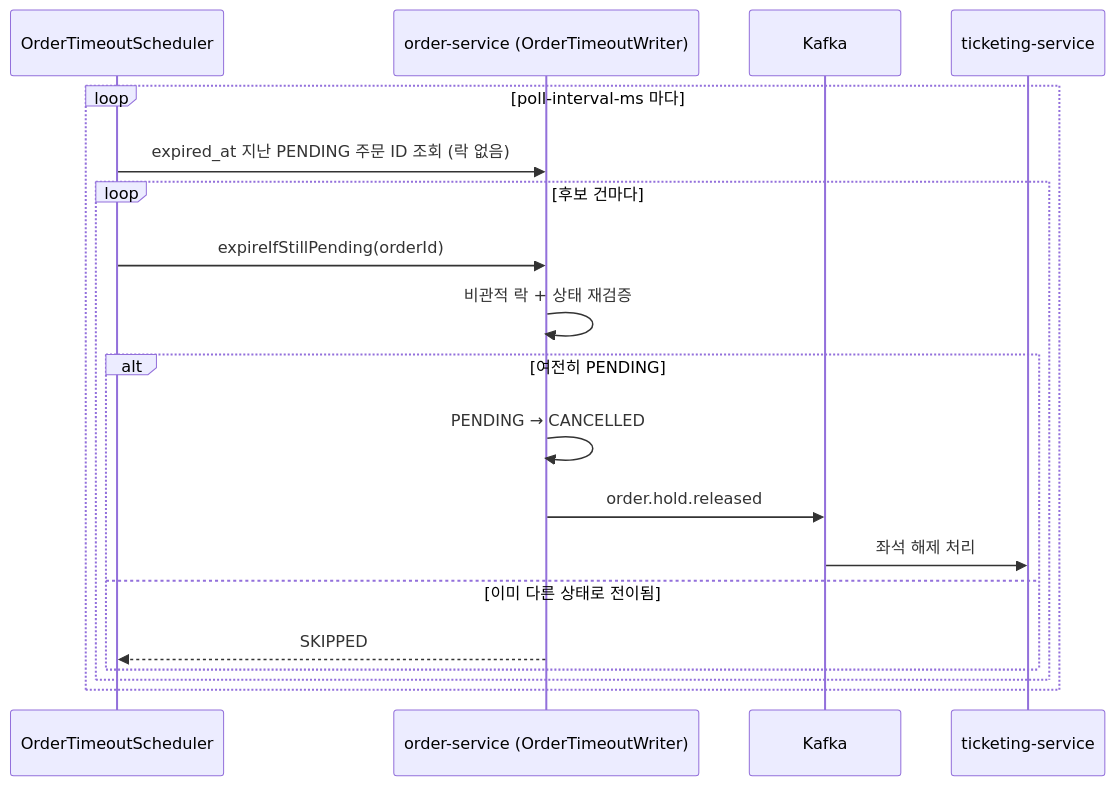
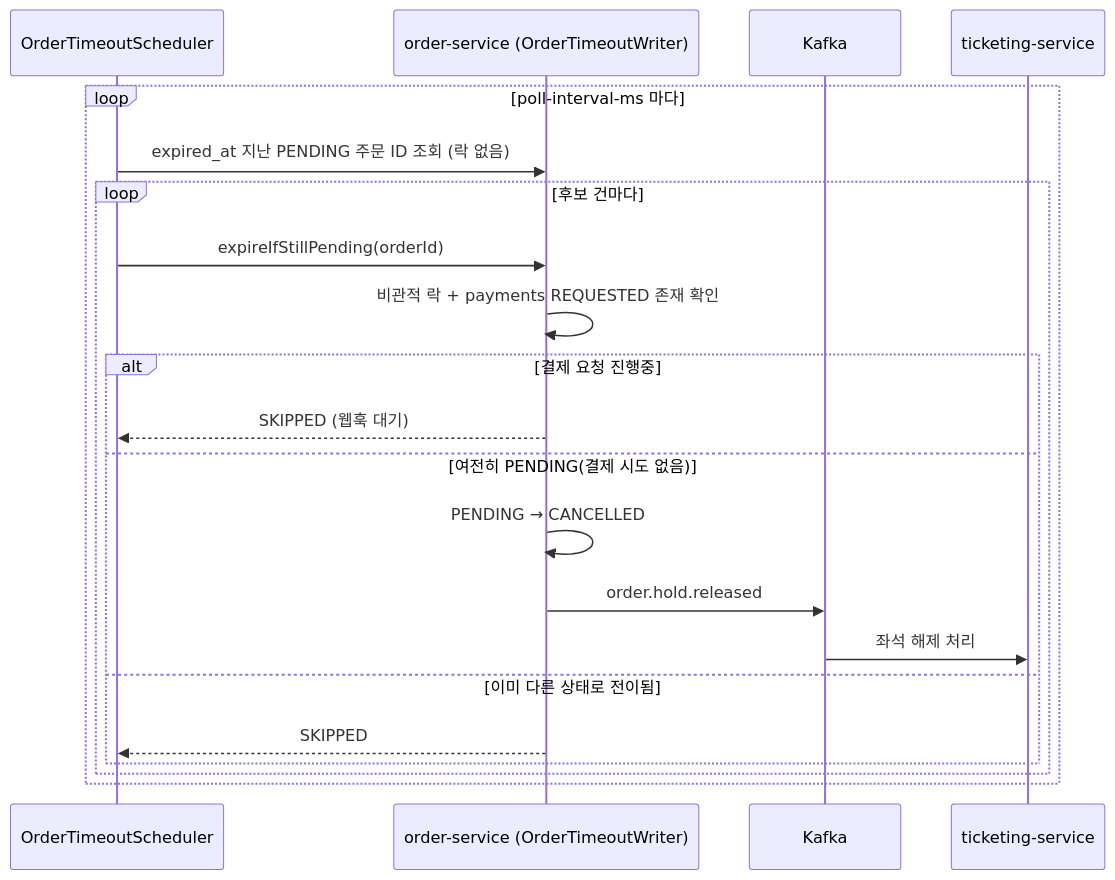
One commit to 6pm-sparta/6pm changed the seventh of 8 diagrams in docs/order-service/flows.md. Above: the diagram before and after it, drawn with Mermaid. The commit also changed other lines of this file and 12 other files, not shown here.

````diff
--- a/docs/order-service/flows.md
+++ b/docs/order-service/flows.md
@@ -263,22 +282,24 @@
 ```mermaid
 sequenceDiagram
     participant S as OrderTimeoutScheduler
     participant O as order-service (OrderTimeoutWriter)
     participant K as Kafka
     participant T as ticketing-service
 
     loop poll-interval-ms 마다
         S->>O: expired_at 지난 PENDING 주문 ID 조회 (락 없음)
         loop 후보 건마다
             S->>O: expireIfStillPending(orderId)
-            O->>O: 비관적 락 + 상태 재검증
-            alt 여전히 PENDING
+            O->>O: 비관적 락 + payments REQUESTED 존재 확인
+            alt 결제 요청 진행중
+                O-->>S: SKIPPED (웹훅 대기)
+            else 여전히 PENDING(결제 시도 없음)
                 O->>O: PENDING → CANCELLED
                 O->>K: order.hold.released
                 K->>T: 좌석 해제 처리
             else 이미 다른 상태로 전이됨
                 O-->>S: SKIPPED
             end
         end
     end
 ```
````
